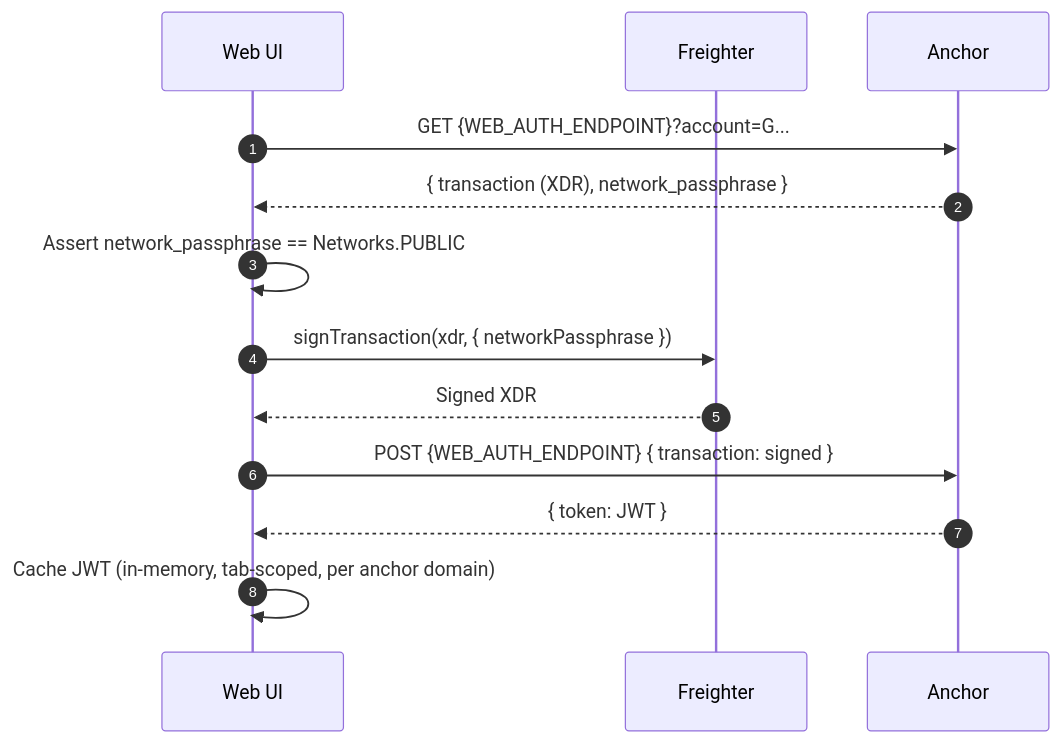
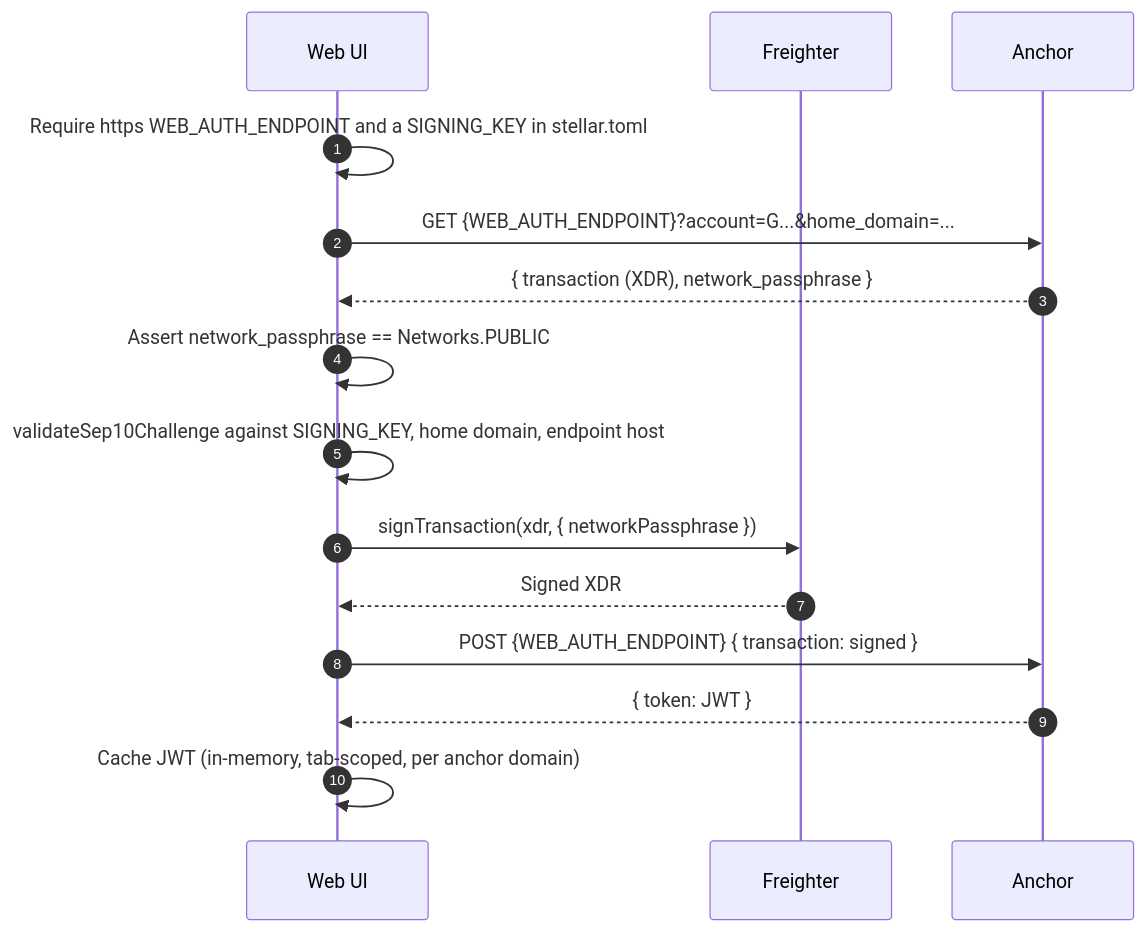
The third of 6 diagrams in docs/ARCHITECTURE.md (LohdGordon/stellar-intel), drawn with Mermaid before and after one commit. The commit also changed other lines of this file and 11 other files, not shown here.

First line of the commit message:
fix(sep10): verify the anchor's challenge before asking the wallet to sign it (#1266)

````diff
--- a/docs/ARCHITECTURE.md
+++ b/docs/ARCHITECTURE.md
@@ -207,16 +207,18 @@
 ```mermaid
 sequenceDiagram
   autonumber
   participant UI as Web UI
   participant F as Freighter
   participant A as Anchor
 
-  UI->>A: GET {WEB_AUTH_ENDPOINT}?account=G...
+  UI->>UI: Require https WEB_AUTH_ENDPOINT and a SIGNING_KEY in stellar.toml
+  UI->>A: GET {WEB_AUTH_ENDPOINT}?account=G...&home_domain=...
   A-->>UI: { transaction (XDR), network_passphrase }
   UI->>UI: Assert network_passphrase == Networks.PUBLIC
+  UI->>UI: validateSep10Challenge against SIGNING_KEY, home domain, endpoint host
   UI->>F: signTransaction(xdr, { networkPassphrase })
   F-->>UI: Signed XDR
   UI->>A: POST {WEB_AUTH_ENDPOINT} { transaction: signed }
   A-->>UI: { token: JWT }
   UI->>UI: Cache JWT (in-memory, tab-scoped, per anchor domain)
 ```
````
